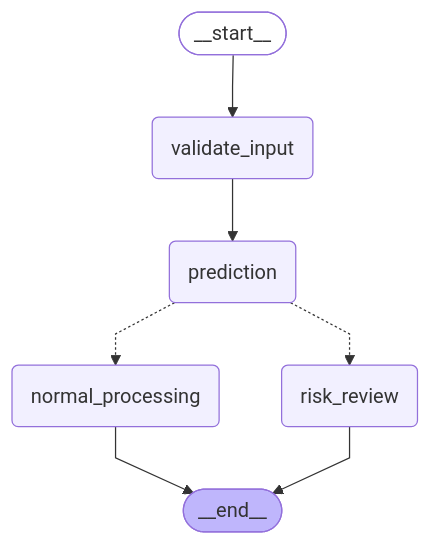
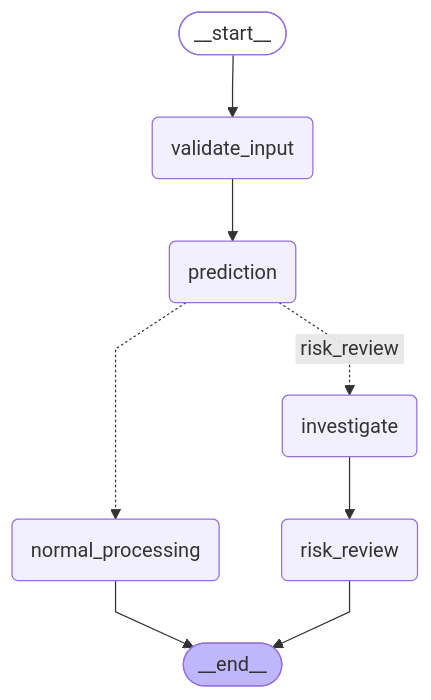
Before and after one commit to AimanManzoor/agentops-intelligence-lab: the diagram in docs/langgraph_workflow.md, drawn with Mermaid. The commit also changed 3 other files, not shown here.

````diff
--- a/docs/langgraph_workflow.md
+++ b/docs/langgraph_workflow.md
@@ -3,24 +3,26 @@
 ```mermaid
 ---
 config:
   flowchart:
     curve: linear
 ---
 graph TD;
 	__start__([<p>__start__</p>]):::first
 	validate_input(validate_input)
 	prediction(prediction)
+	investigate(investigate)
 	risk_review(risk_review)
 	normal_processing(normal_processing)
 	__end__([<p>__end__</p>]):::last
 	__start__ --> validate_input;
+	investigate --> risk_review;
+	prediction -. &nbsp;risk_review&nbsp; .-> investigate;
 	prediction -.-> normal_processing;
-	prediction -.-> risk_review;
 	validate_input --> prediction;
 	normal_processing --> __end__;
 	risk_review --> __end__;
 	classDef default fill:#f2f0ff,line-height:1.2
 	classDef first fill-opacity:0
 	classDef last fill:#bfb6fc
 
 ```
````
